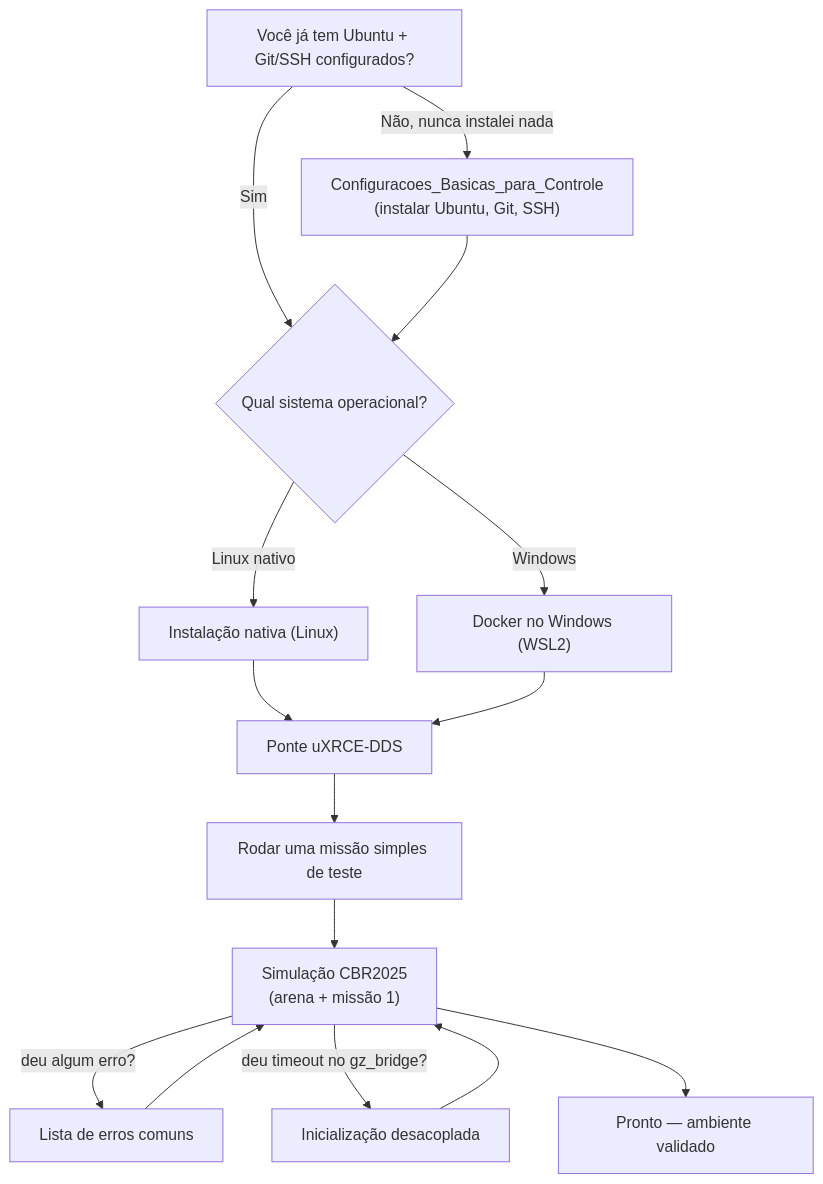
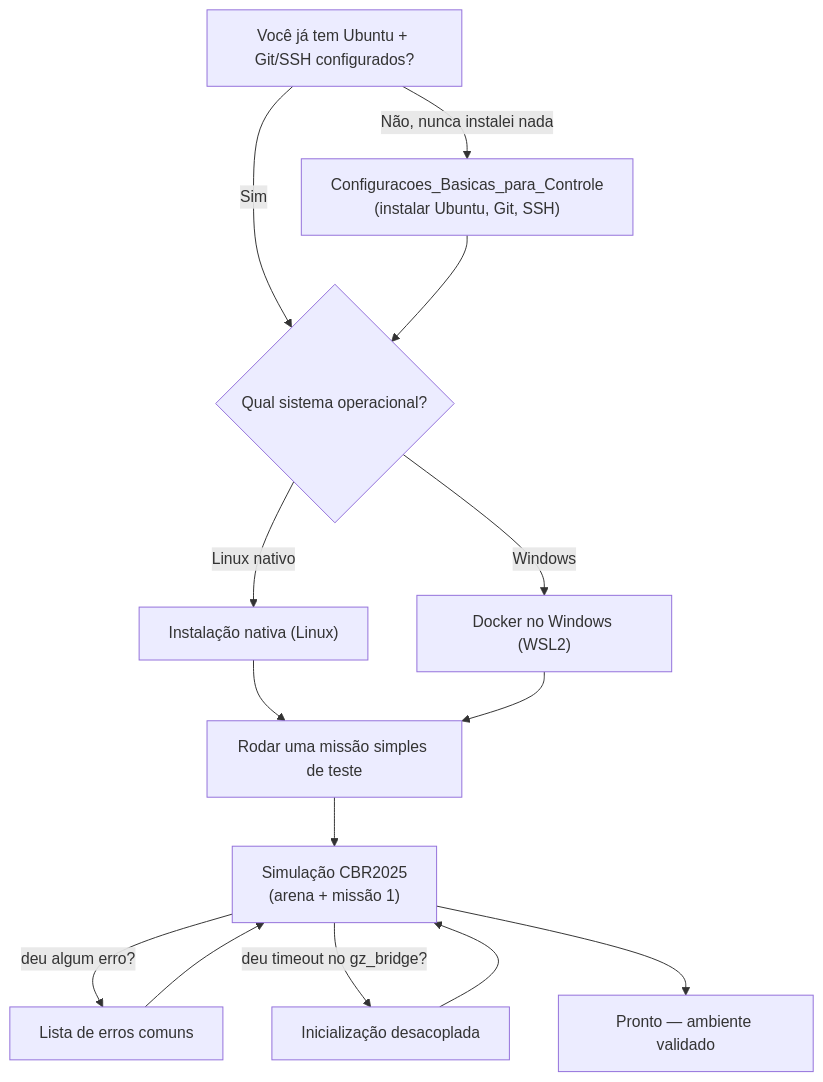
The diagram in docs/primeiros-passos.md (edra-unb-fga/EdraWiki), drawn with Mermaid before and after one commit. The commit also changed other lines of this file and 2 other files, not shown here.

Commit message:
docs: esclarece que a ponte uXRCE-DDS já vem incluída na instalação (não é passo extra)

````diff
--- a/docs/primeiros-passos.md
+++ b/docs/primeiros-passos.md
@@ -13,17 +13,16 @@
 ```mermaid
 flowchart TD
     A["Você já tem Ubuntu + Git/SSH configurados?"] -->|Não, nunca instalei nada| B["Configuracoes_Basicas_para_Controle<br/>(instalar Ubuntu, Git, SSH)"]
     A -->|Sim| C{"Qual sistema operacional?"}
     B --> C
     C -->|Linux nativo| D["Instalação nativa (Linux)"]
     C -->|Windows| E["Docker no Windows (WSL2)"]
-    D --> F["Ponte uXRCE-DDS"]
-    E --> F
-    F --> G["Rodar uma missão simples de teste"]
+    D --> G["Rodar uma missão simples de teste"]
+    E --> G
     G --> H["Simulação CBR2025<br/>(arena + missão 1)"]
     H -->|deu algum erro?| I["Lista de erros comuns"]
     H -->|deu timeout no gz_bridge?| J["Inicialização desacoplada"]
     I --> H
     J --> H
     H --> K["Pronto — ambiente validado"]
 ```
````
